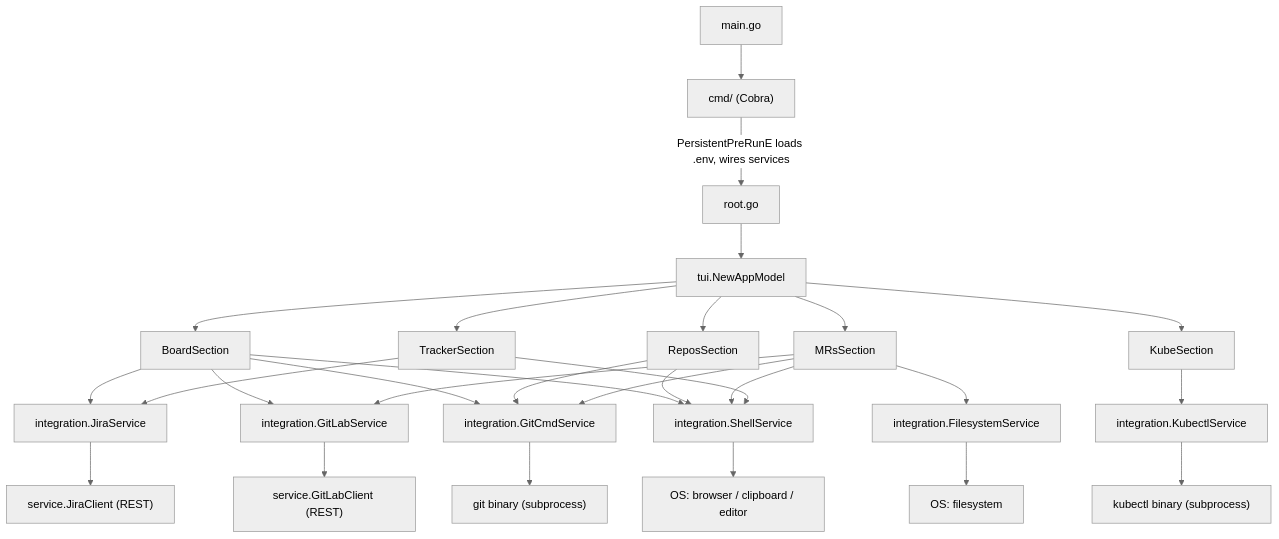
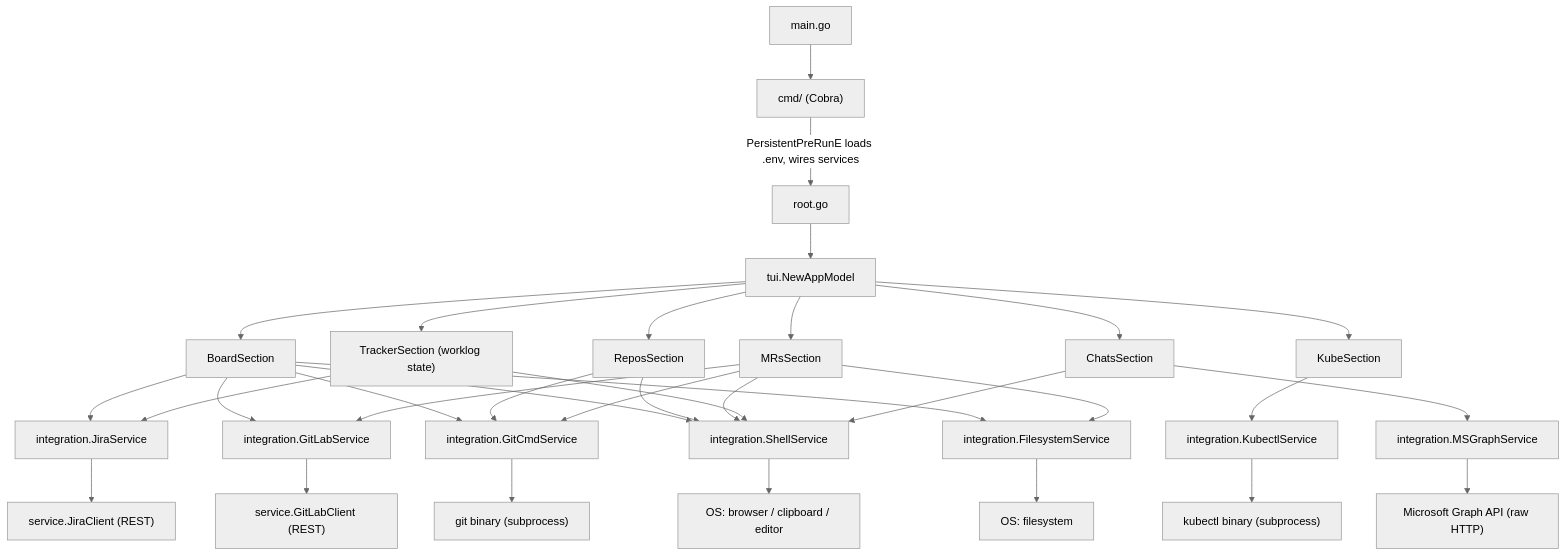
One commit to balazsando/jirlab changed the first of 2 diagrams in docs/architecture.md. Above: the diagram before and after it, drawn with Mermaid (neutral theme). The commit also changed other lines of this file and 41 other files, not shown here.

````diff
--- a/docs/architecture.md
+++ b/docs/architecture.md
@@ -54,33 +56,38 @@
 ```mermaid
 graph TD
     main["main.go"] --> cmd["cmd/ (Cobra)"]
     cmd --> |"PersistentPreRunE loads .env, wires services"| root["root.go"]
     root --> tui["tui.NewAppModel"]
 
     tui --> board["BoardSection"]
     tui --> repos["ReposSection"]
     tui --> mrs["MRsSection"]
     tui --> kube["KubeSection"]
-    tui --> tracker["TrackerSection"]
+    tui --> tracker["TrackerSection (worklog state)"]
+    tui --> chats["ChatsSection"]
 
     board --> jiraSvc["integration.JiraService"]
     board --> gitlabSvc["integration.GitLabService"]
     board --> gitSvc["integration.GitCmdService"]
     board --> shellSvc["integration.ShellService"]
+    board --> fsSvc["integration.FilesystemService"]
     repos --> gitSvc
     repos --> shellSvc
     mrs --> gitlabSvc
     mrs --> gitSvc
-    mrs --> fsSvc["integration.FilesystemService"]
+    mrs --> fsSvc
     mrs --> shellSvc
     kube --> kubectlSvc["integration.KubectlService"]
     tracker --> jiraSvc
     tracker --> shellSvc
+    chats --> msgraphSvc["integration.MSGraphService"]
+    chats --> shellSvc
 
     jiraSvc --> jiraClient["service.JiraClient (REST)"]
     gitlabSvc --> gitlabClient["service.GitLabClient (REST)"]
     gitSvc --> gitBin["git binary (subprocess)"]
     kubectlSvc --> kubectlBin["kubectl binary (subprocess)"]
     shellSvc --> osBin["OS: browser / clipboard / editor"]
     fsSvc --> osFS["OS: filesystem"]
+    msgraphSvc --> msGraph["Microsoft Graph API (raw HTTP)"]
 ```
````
